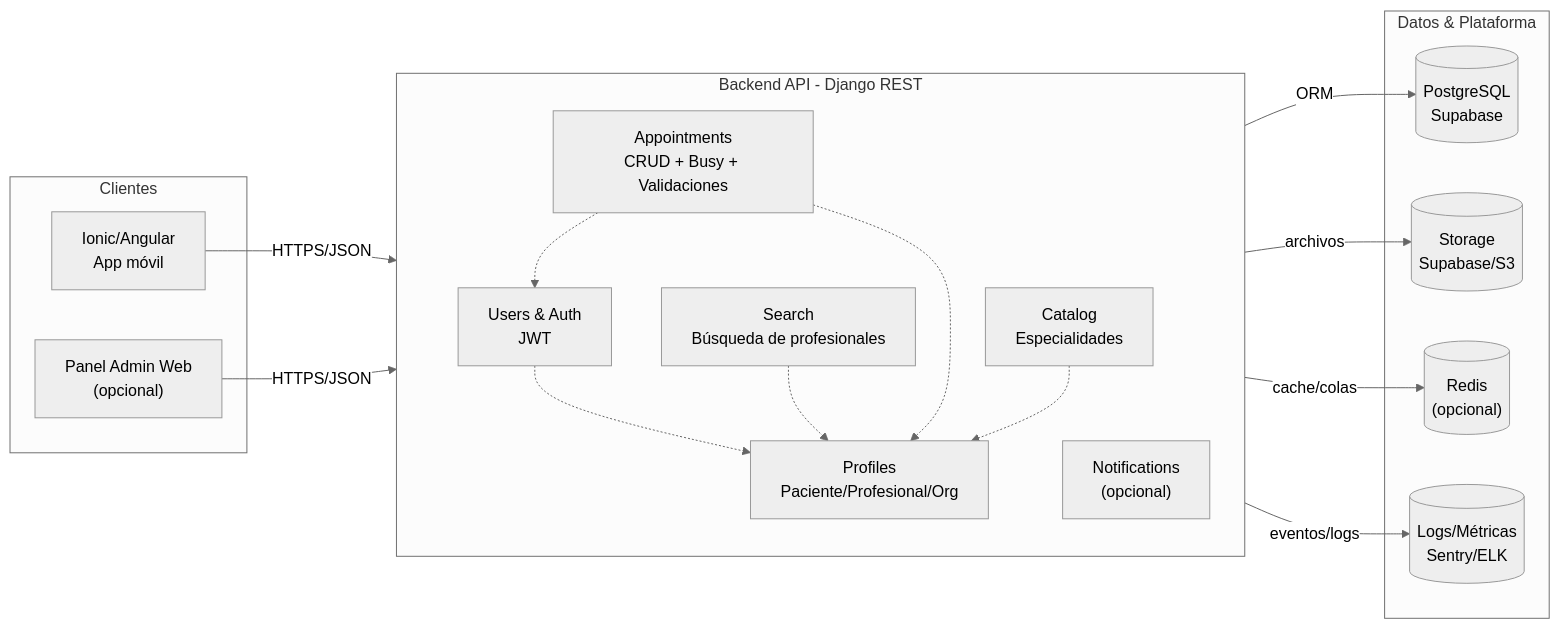
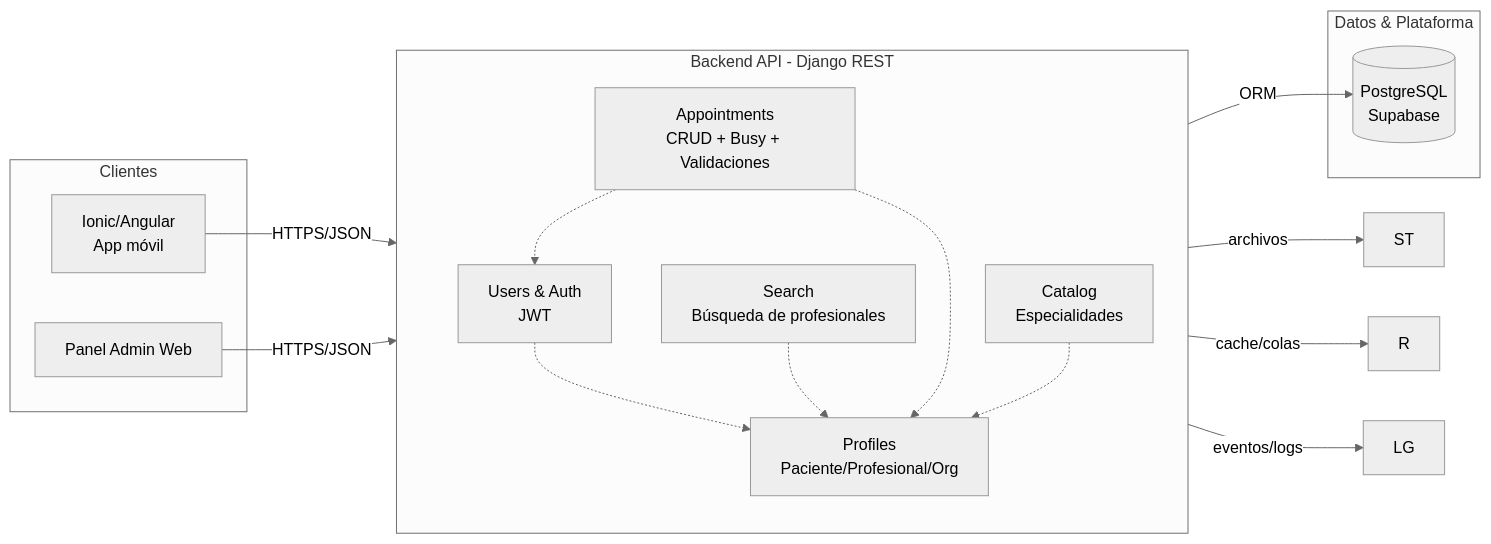
The first of 2 diagrams in README.md (JoaquinMadari/Capstone_PsicoLink), drawn with Mermaid (neutral theme) before and after one commit. The commit also changed other lines of this file, not shown here.

````diff
--- a/README.md
+++ b/README.md
@@ -16,39 +16,35 @@
 ```mermaid
 flowchart LR
   subgraph Clients ["Clientes"]
     M["Ionic/Angular<br/>App móvil"]
-    A["Panel Admin Web<br/>(opcional)"]
+    A["Panel Admin Web<br/>"]
   end
 
   subgraph API ["Backend API - Django REST"]
     direction TB
     U["Users & Auth<br/>JWT"]
     P["Profiles<br/>Paciente/Profesional/Org"]
     C["Catalog<br/>Especialidades"]
     S["Search<br/>Búsqueda de profesionales"]
     AP["Appointments<br/>CRUD + Busy + Validaciones"]
-    N["Notifications<br/>(opcional)"]
   end
 
   subgraph Data ["Datos & Plataforma"]
     DB[("PostgreSQL<br/>Supabase")]
-    ST[("Storage<br/>Supabase/S3")]
-    R[("Redis<br/>(opcional)")]
-    LG[("Logs/Métricas<br/>Sentry/ELK")]
   end
 
   M -->|HTTPS/JSON| API
   A -->|HTTPS/JSON| API
 
   API -->|ORM| DB
   API -->|archivos| ST
   API -->|cache/colas| R
   API -->|eventos/logs| LG
 
   %% Relaciones internas
   U -.-> P
   S -.-> P
   AP -.-> U
   AP -.-> P
   C -.-> P
 ```
````
